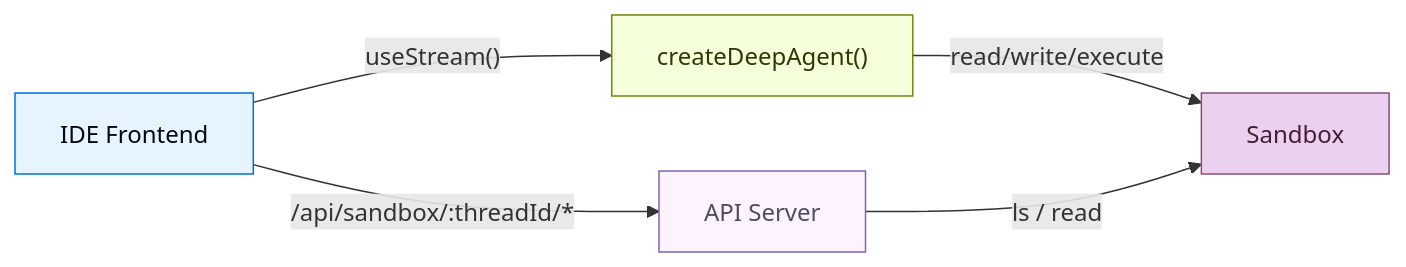
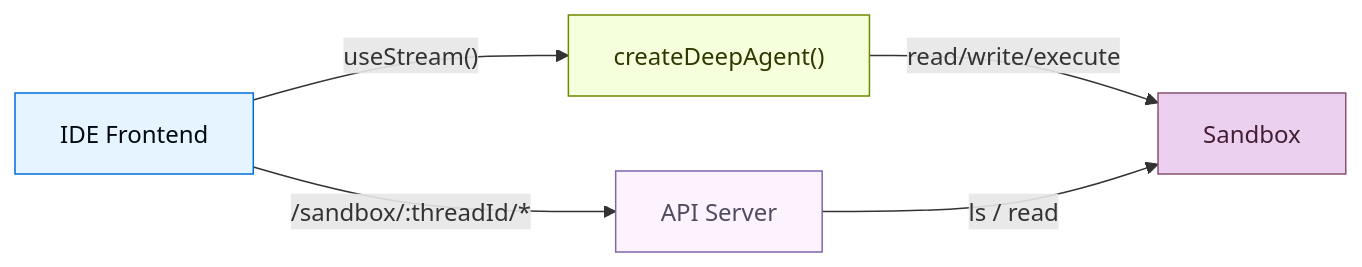
Before and after one commit to langchain-ai/docs: the first of 2 diagrams in src/oss/deepagents/frontend/sandbox.mdx, drawn with Mermaid. The commit also changed other lines of this file and 20 other files, not shown here.

````diff
--- a/src/oss/deepagents/frontend/sandbox.mdx
+++ b/src/oss/deepagents/frontend/sandbox.mdx
@@ -42,29 +42,29 @@
 ```mermaid
 %%{
   init: {
     "fontFamily": "monospace",
     "flowchart": {
       "curve": "curve"
     }
   }
 }%%
 graph LR
   UI["IDE Frontend"]
   API["API Server"]
   AGENT["createDeepAgent()"]
   SANDBOX["Sandbox"]
 
   UI --"useStream()"--> AGENT
-  UI --"/api/sandbox/:threadId/*"--> API
+  UI --"/sandbox/:threadId/*"--> API
   AGENT --"read/write/execute"--> SANDBOX
   API --"ls / read"--> SANDBOX
 
   classDef blueHighlight fill:#E5F4FF,stroke:#006DDD,color:#030710;
   classDef greenHighlight fill:#F6FFDB,stroke:#6E8900,color:#2E3900;
   classDef purpleHighlight fill:#EBD0F0,stroke:#885270,color:#441E33;
   classDef orangeHighlight fill:#FDF3FF,stroke:#7E65AE,color:#504B5F;
   class UI blueHighlight;
   class AGENT greenHighlight;
   class SANDBOX purpleHighlight;
   class API orangeHighlight;
 ```
````
